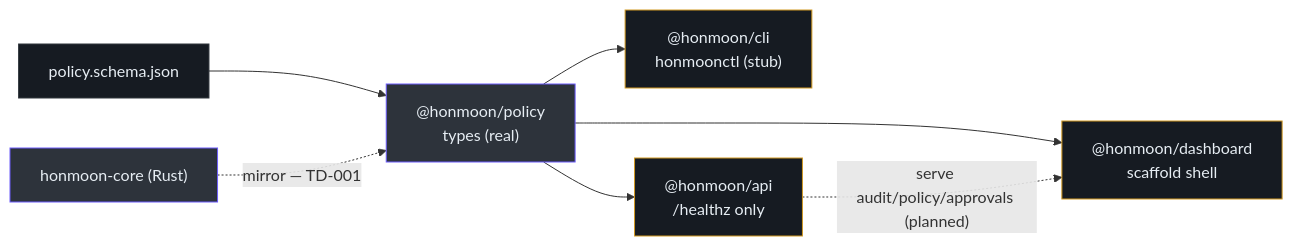
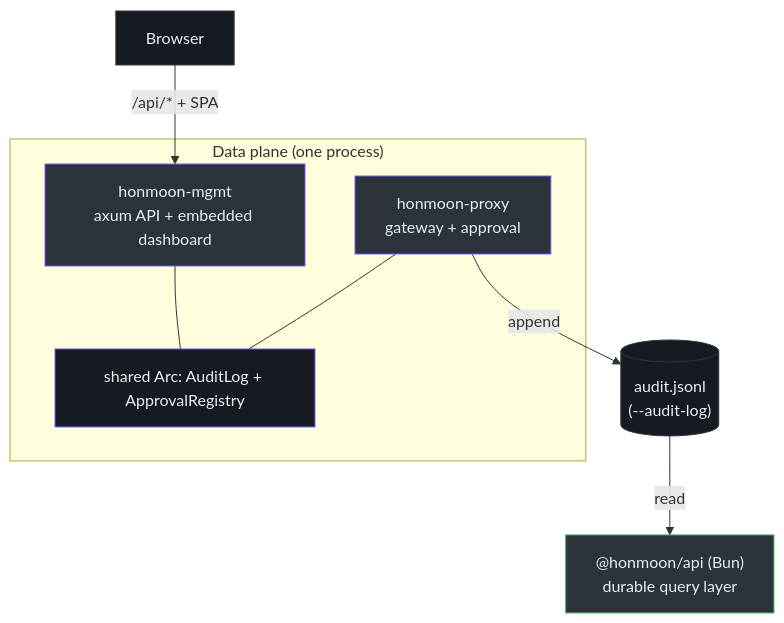
Before and after one commit to pleaseai/honmoon: the first of 3 diagrams in wiki/deep-dive/control-plane.md, drawn with Mermaid. The commit also changed other lines of this file and 19 other files, not shown here.

Commit message:
docs(wiki): refresh for Phase 4 (pause approval, audit log, dashboard, honmoon-mgmt)

````diff
--- a/wiki/deep-dive/control-plane.md
+++ b/wiki/deep-dive/control-plane.md
@@ -30,15 +32,21 @@
 ```mermaid
-flowchart LR
-  schema["policy.schema.json"] --> pol["@honmoon/policy<br>types (real)"]
-  pol --> cli["@honmoon/cli<br>honmoonctl (stub)"]
-  pol --> api["@honmoon/api<br>/healthz only"]
-  pol --> dash["@honmoon/dashboard<br>scaffold shell"]
-  api -. "serve audit/policy/approvals (planned)" .-> dash
-  rustcore["honmoon-core (Rust)"] -. "mirror — TD-001" .-> pol
-  style schema fill:#161b22,stroke:#30363d,color:#e6edf3
-  style pol fill:#2d333b,stroke:#6d5dfc,color:#e6edf3
-  style cli fill:#161b22,stroke:#d29922,color:#e6edf3
-  style api fill:#161b22,stroke:#d29922,color:#e6edf3
-  style dash fill:#161b22,stroke:#d29922,color:#e6edf3
-  style rustcore fill:#2d333b,stroke:#6d5dfc,color:#e6edf3
+flowchart TB
+  subgraph dp["Data plane (one process)"]
+    proxy["honmoon-proxy<br>gateway + approval"]
+    mgmt["honmoon-mgmt<br>axum API + embedded dashboard"]
+    state["shared Arc: AuditLog + ApprovalRegistry"]
+    proxy --- state
+    mgmt --- state
+  end
+  jsonl[("audit.jsonl<br>(--audit-log)")]
+  proxy -->|append| jsonl
+  api["@honmoon/api (Bun)<br>durable query layer"]
+  jsonl -->|read| api
+  browser["Browser"] -->|"/api/* + SPA"| mgmt
+  style proxy fill:#2d333b,stroke:#6d5dfc,color:#e6edf3
+  style mgmt fill:#2d333b,stroke:#6d5dfc,color:#e6edf3
+  style state fill:#161b22,stroke:#6d5dfc,color:#e6edf3
+  style jsonl fill:#161b22,stroke:#30363d,color:#e6edf3
+  style api fill:#2d333b,stroke:#3fb950,color:#e6edf3
+  style browser fill:#161b22,stroke:#30363d,color:#e6edf3
 ```
````
